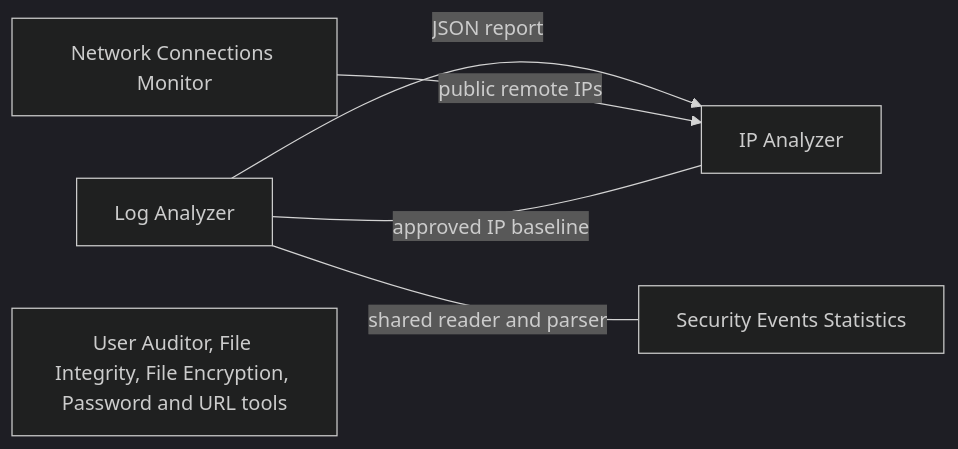
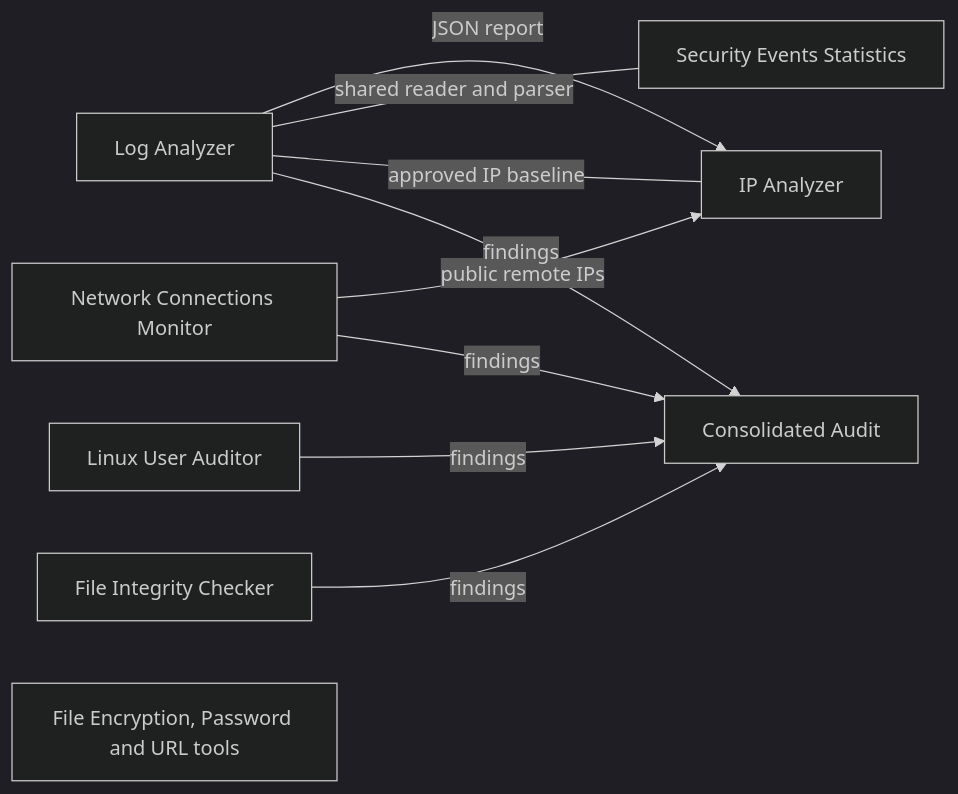
Before and after one commit to tomasnicolucci/linux-security-toolkit: the diagram in README.md, drawn with Mermaid (dark theme). The commit also changed other lines of this file and 5 other files, not shown here.

Commit message:
Add consolidated audit report and users audit command

````diff
--- a/README.md
+++ b/README.md
@@ -84,13 +92,20 @@
 ```mermaid
 flowchart LR
     LOGS["Log Analyzer"]
     STATS["Security Events Statistics"]
     IP["IP Analyzer"]
     NET["Network Connections Monitor"]
-    OTHER["User Auditor, File Integrity, File Encryption, Password and URL tools"]
+    USERS["Linux User Auditor"]
+    INTEG["File Integrity Checker"]
+    AUDIT["Consolidated Audit"]
+    OTHER["File Encryption, Password and URL tools"]
 
     LOGS -->|"JSON report"| IP
     NET -->|"public remote IPs"| IP
     LOGS ---|"shared reader and parser"| STATS
     LOGS ---|"approved IP baseline"| IP
+    USERS -->|"findings"| AUDIT
+    NET -->|"findings"| AUDIT
+    INTEG -->|"findings"| AUDIT
+    LOGS -->|"findings"| AUDIT
 ```
````
